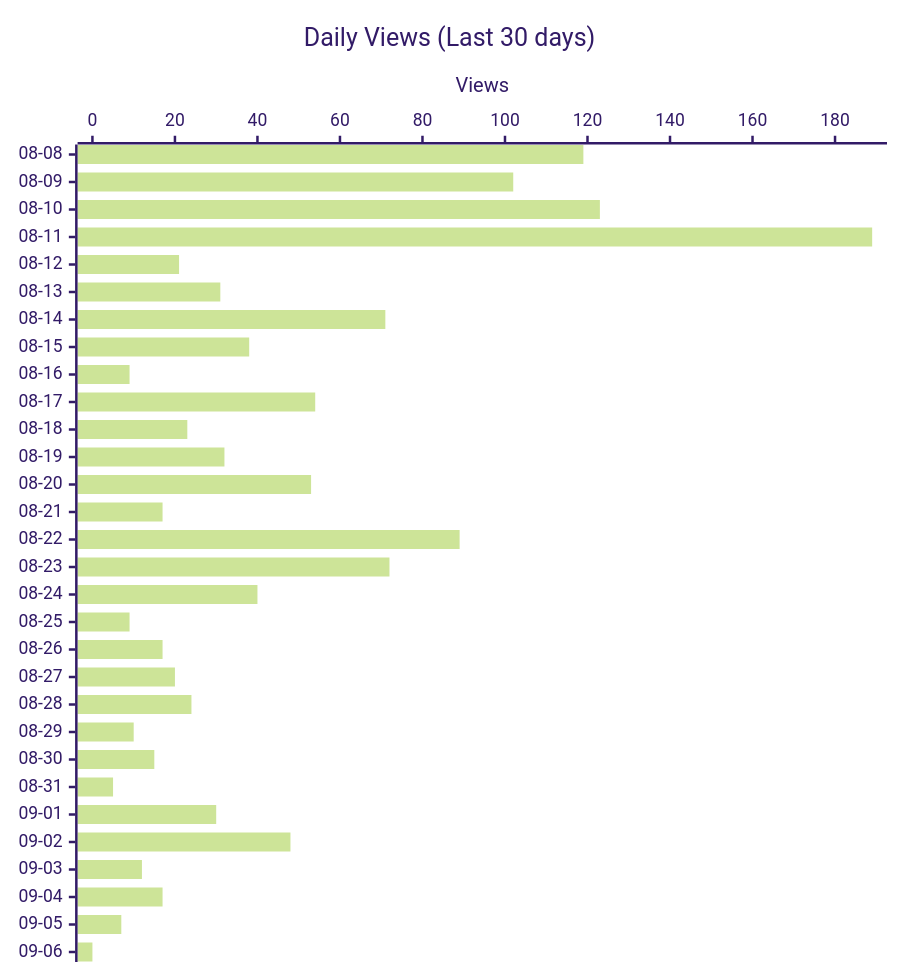
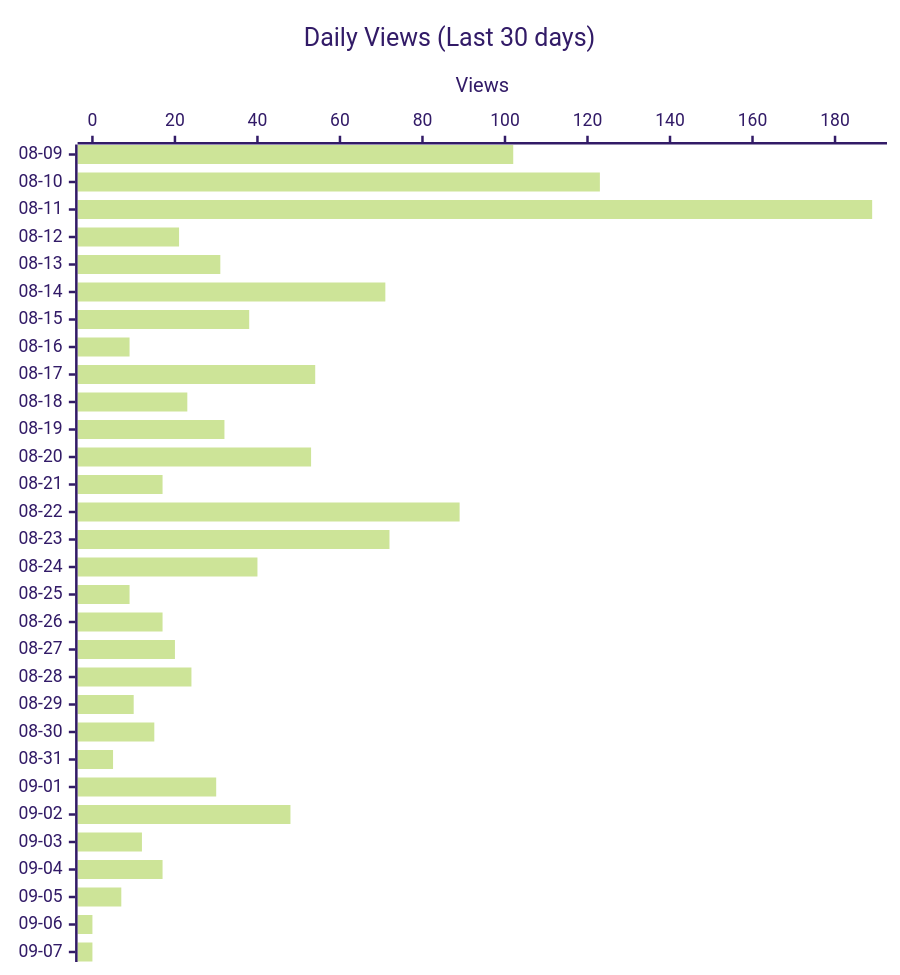
One commit to shigechika/github-insights changed the second of 4 diagrams in README.md. Above: the diagram before and after it, drawn with Mermaid (forest theme). The commit also changed other lines of this file and 2 other files, not shown here.

````diff
--- a/README.md
+++ b/README.md
@@ -28,12 +28,12 @@
 ```mermaid
 ---
 config:
   xyChart:
     height: 760
 ---
 xychart-beta horizontal
     title "Daily Views (Last 30 days)"
-    x-axis ["08-08", "08-09", "08-10", "08-11", "08-12", "08-13", "08-14", "08-15", "08-16", "08-17", "08-18", "08-19", "08-20", "08-21", "08-22", "08-23", "08-24", "08-25", "08-26", "08-27", "08-28", "08-29", "08-30", "08-31", "09-01", "09-02", "09-03", "09-04", "09-05", "09-06"]
+    x-axis ["08-09", "08-10", "08-11", "08-12", "08-13", "08-14", "08-15", "08-16", "08-17", "08-18", "08-19", "08-20", "08-21", "08-22", "08-23", "08-24", "08-25", "08-26", "08-27", "08-28", "08-29", "08-30", "08-31", "09-01", "09-02", "09-03", "09-04", "09-05", "09-06", "09-07"]
     y-axis "Views"
-    bar [119, 102, 123, 189, 21, 31, 71, 38, 9, 54, 23, 32, 53, 17, 89, 72, 40, 9, 17, 20, 24, 10, 15, 5, 30, 48, 12, 17, 7, 0]
+    bar [102, 123, 189, 21, 31, 71, 38, 9, 54, 23, 32, 53, 17, 89, 72, 40, 9, 17, 20, 24, 10, 15, 5, 30, 48, 12, 17, 7, 0, 0]
 ```
````
